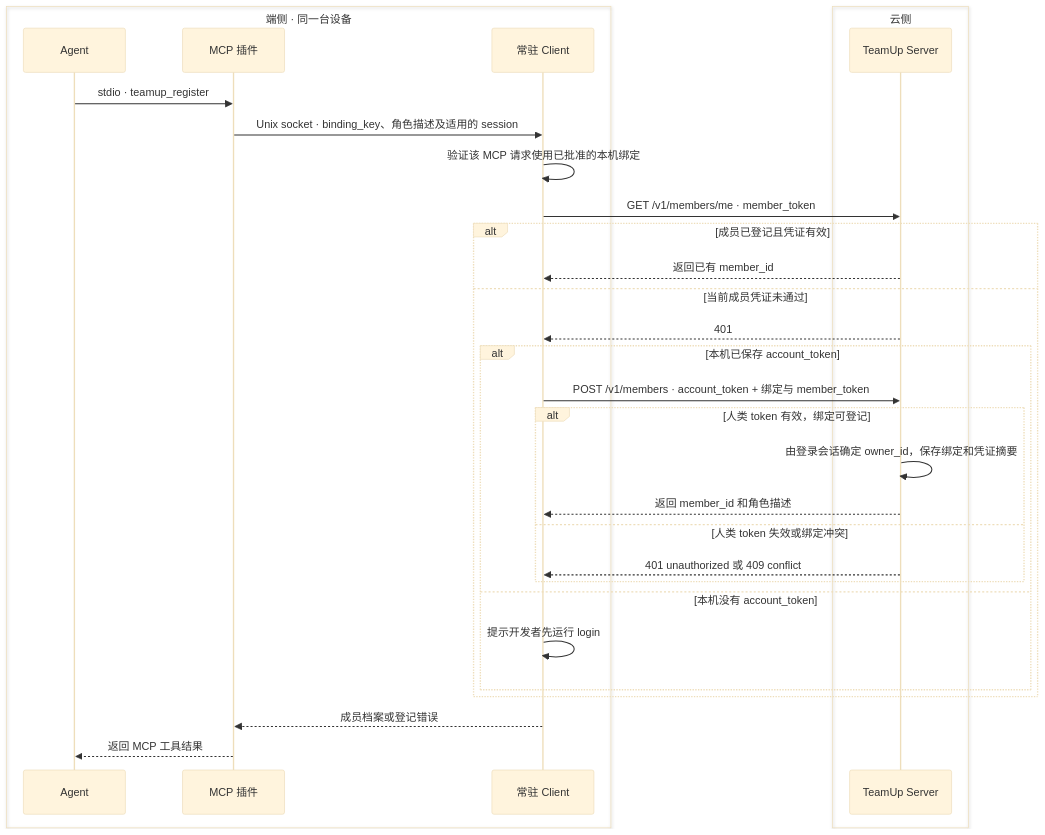
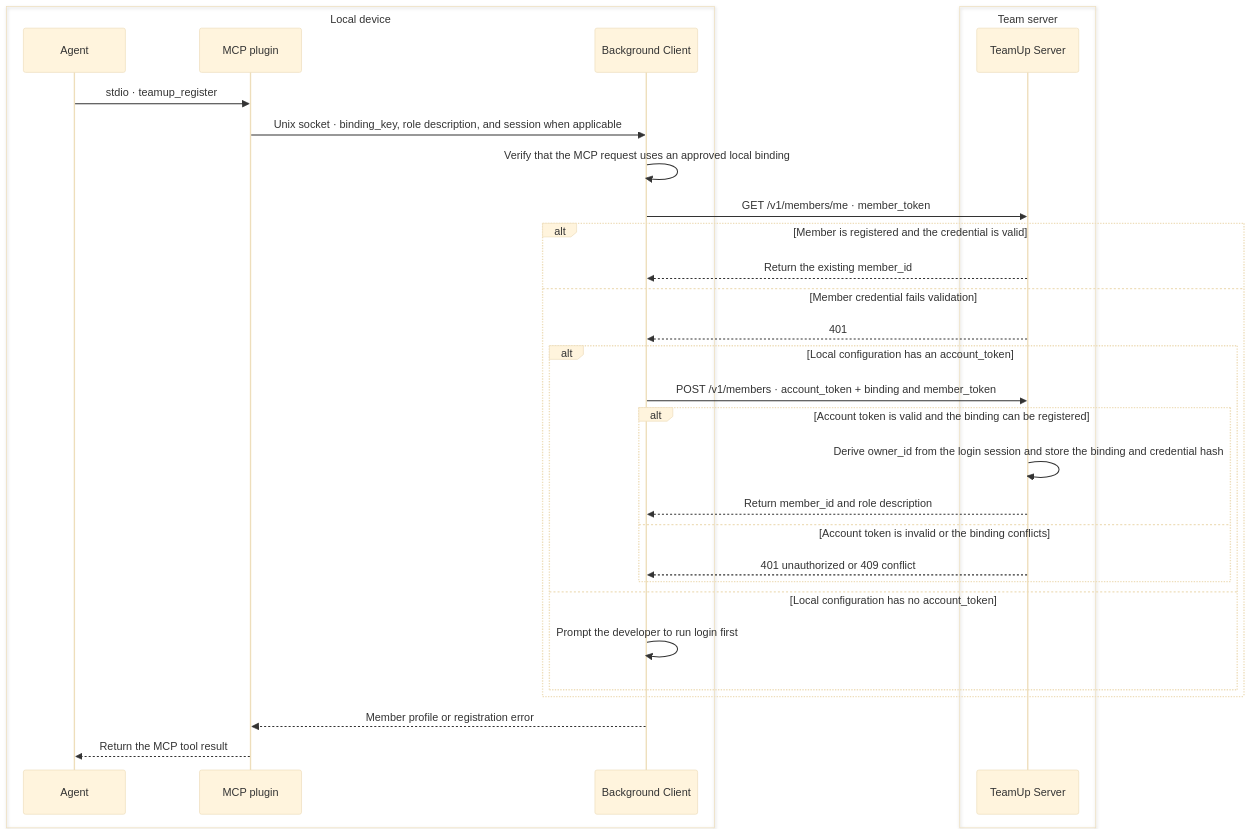
The second of 4 diagrams in docs/implementation/authentication/README.md (Jianyu010/TeamUp), drawn with Mermaid (base theme) before and after one commit. The commit also changed other lines of this file and 44 other files, not shown here.

````diff
--- a/docs/implementation/authentication/README.md
+++ b/docs/implementation/authentication/README.md
@@ -56,34 +56,34 @@
 ```mermaid
 sequenceDiagram
-    box transparent 端侧 · 同一台设备
+    box transparent Local device
         participant A as Agent
-        participant M as MCP 插件
-        participant C as 常驻 Client
+        participant M as MCP plugin
+        participant C as Background Client
     end
-    box transparent 云侧
+    box transparent Team server
         participant S as TeamUp Server
     end
 
     A->>M: stdio · teamup_register
-    M->>C: Unix socket · binding_key、角色描述及适用的 session
-    C->>C: 验证该 MCP 请求使用已批准的本机绑定
+    M->>C: Unix socket · binding_key, role description, and session when applicable
+    C->>C: Verify that the MCP request uses an approved local binding
     C->>S: GET /v1/members/me · member_token
-    alt 成员已登记且凭证有效
-        S-->>C: 返回已有 member_id
-    else 当前成员凭证未通过
+    alt Member is registered and the credential is valid
+        S-->>C: Return the existing member_id
+    else Member credential fails validation
         S-->>C: 401
-        alt 本机已保存 account_token
-            C->>S: POST /v1/members · account_token + 绑定与 member_token
-            alt 人类 token 有效，绑定可登记
-                S->>S: 由登录会话确定 owner_id，保存绑定和凭证摘要
-                S-->>C: 返回 member_id 和角色描述
-            else 人类 token 失效或绑定冲突
-                S-->>C: 401 unauthorized 或 409 conflict
+        alt Local configuration has an account_token
+            C->>S: POST /v1/members · account_token + binding and member_token
+            alt Account token is valid and the binding can be registered
+                S->>S: Derive owner_id from the login session and store the binding and credential hash
+                S-->>C: Return member_id and role description
+            else Account token is invalid or the binding conflicts
+                S-->>C: 401 unauthorized or 409 conflict
             end
-        else 本机没有 account_token
-            C->>C: 提示开发者先运行 login
+        else Local configuration has no account_token
+            C->>C: Prompt the developer to run login first
         end
     end
-    C-->>M: 成员档案或登记错误
-    M-->>A: 返回 MCP 工具结果
+    C-->>M: Member profile or registration error
+    M-->>A: Return the MCP tool result
 ```
````
